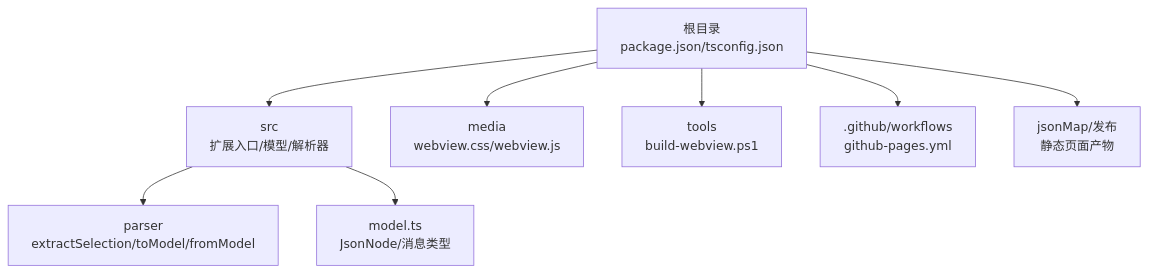
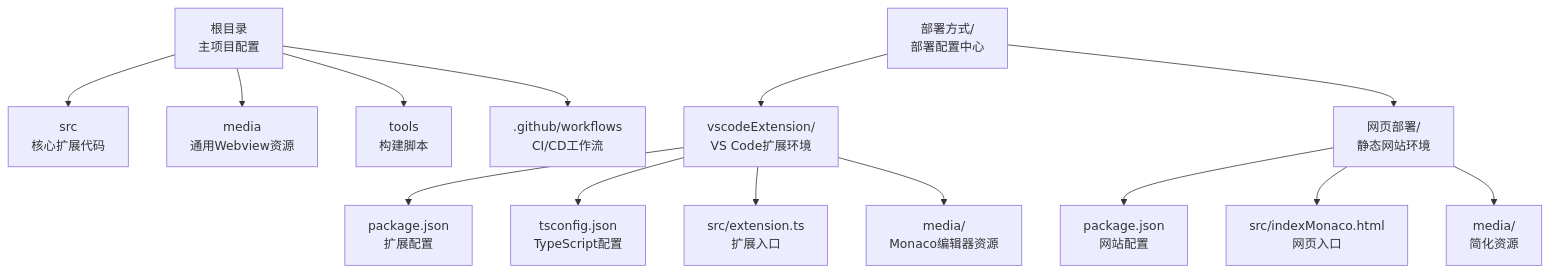
The first of 6 diagrams in .qoder/repowiki/zh/content/开发者指南/构建和部署.md (meiok1/wysjson), drawn with Mermaid before and after one commit. The commit also changed other lines of this file and 45 other files, not shown here.

````diff
--- a/.qoder/repowiki/zh/content/开发者指南/构建和部署.md
+++ b/.qoder/repowiki/zh/content/开发者指南/构建和部署.md
@@ -50,10 +75,16 @@
 ```mermaid
 graph TB
-A["根目录<br/>package.json/tsconfig.json"] --> B["src<br/>扩展入口/模型/解析器"]
-A --> C["media<br/>webview.css/webview.js"]
-A --> D["tools<br/>build-webview.ps1"]
-A --> E[".github/workflows<br/>github-pages.yml"]
-A --> F["jsonMap/发布<br/>静态页面产物"]
-B --> G["parser<br/>extractSelection/toModel/fromModel"]
-B --> H["model.ts<br/>JsonNode/消息类型"]
+A["根目录<br/>主项目配置"] --> B["src<br/>核心扩展代码"]
+A --> C["media<br/>通用Webview资源"]
+A --> D["tools<br/>构建脚本"]
+A --> E[".github/workflows<br/>CI/CD工作流"]
+F["部署方式/<br/>部署配置中心"] --> G["vscodeExtension/<br/>VS Code扩展环境"]
+F --> H["网页部署/<br/>静态网站环境"]
+G --> I["package.json<br/>扩展配置"]
+G --> J["tsconfig.json<br/>TypeScript配置"]
+G --> K["src/extension.ts<br/>扩展入口"]
+G --> L["media/<br/>Monaco编辑器资源"]
+H --> M["package.json<br/>网站配置"]
+H --> N["src/indexMonaco.html<br/>网页入口"]
+H --> O["media/<br/>简化资源"]
 ```
````
